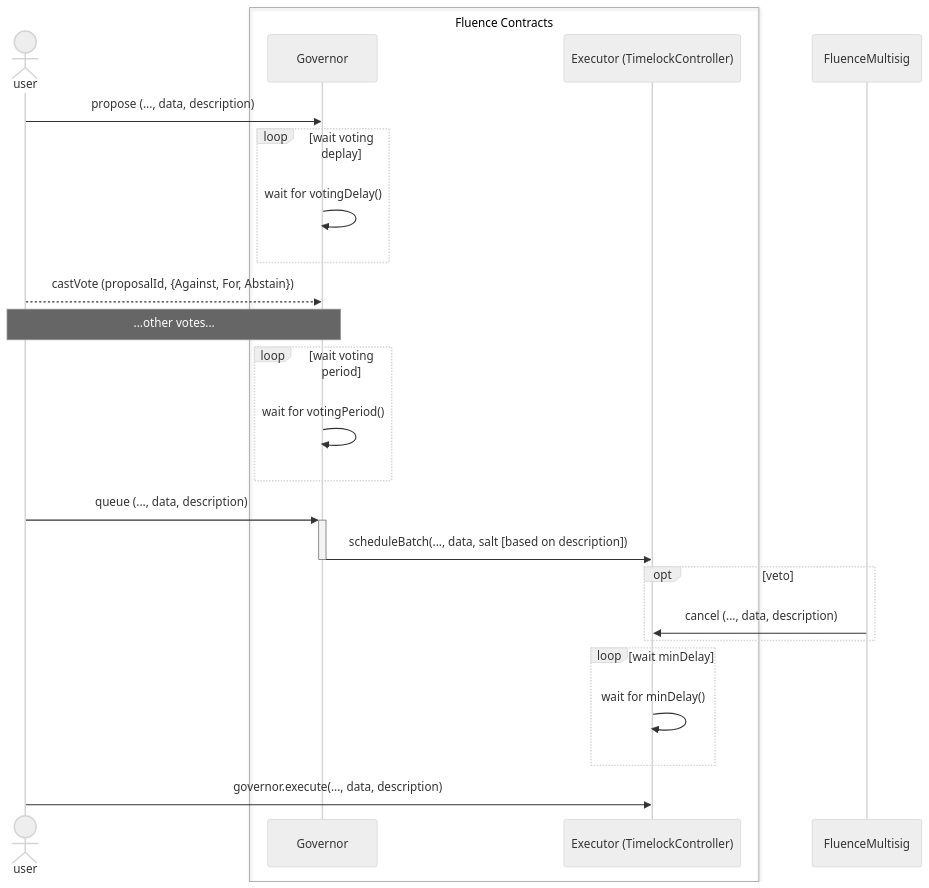
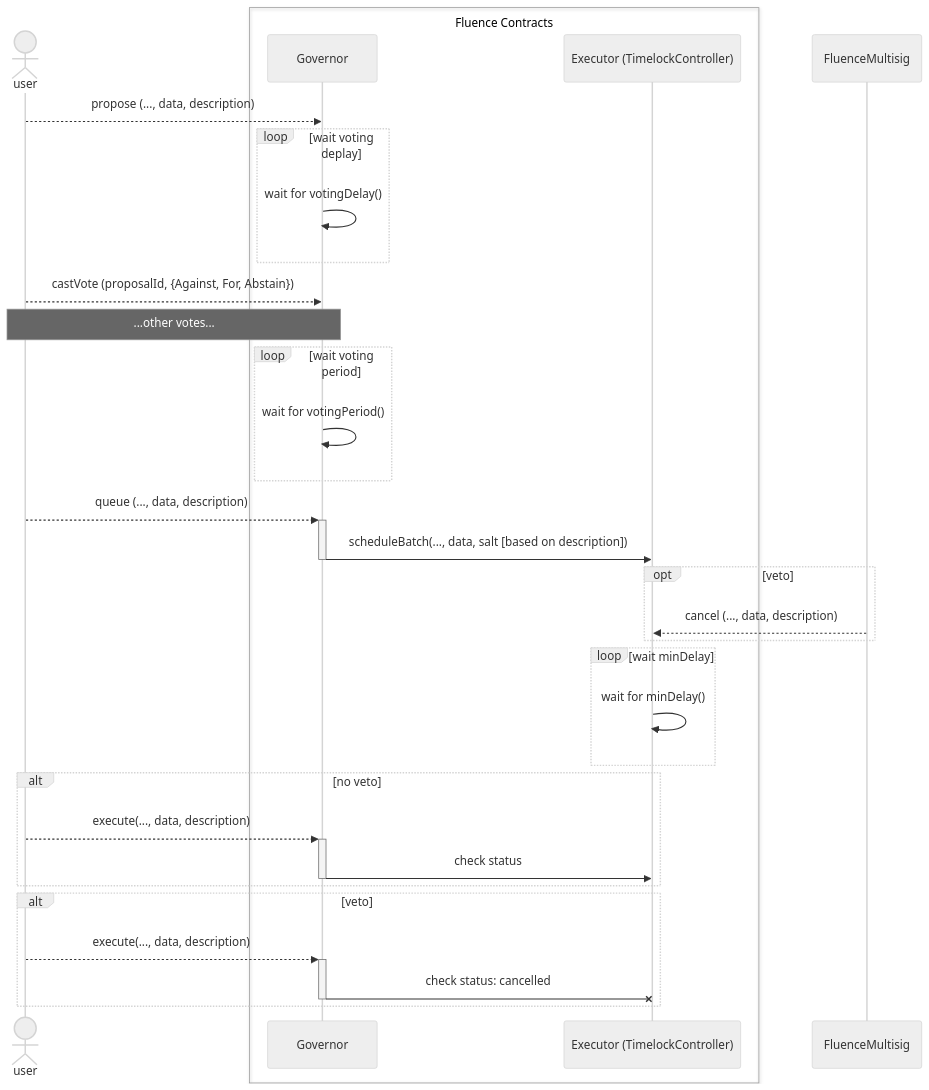
One commit to fluencelabs/dao changed the first of 2 diagrams in contracts/README.md. Above: the diagram before and after it, drawn with Mermaid (neutral theme). The commit also changed 1 other file, not shown here.

Commit message:
add check that veto does not block bump scheme

````diff
--- a/contracts/README.md
+++ b/contracts/README.md
@@ -17,36 +17,44 @@
 ```mermaid
 sequenceDiagram
     actor user
     box Fluence Contracts
         participant Governor
         participant Executor as Executor (TimelockController)
     end
     participant FluenceMultisig
     
-    user ->> Governor: propose (..., data, description)
+    user -->> Governor: propose (..., data, description)
     
     loop wait voting deplay
         Governor ->> Governor: wait for votingDelay()
     end
     
     user -->> Governor: castVote (proposalId, {Against, For, Abstain})
     
     Note over user,Governor: ...other votes...
     
     loop wait voting period
         Governor ->> Governor: wait for votingPeriod()
     end
     
-    user ->>+ Governor: queue (..., data, description)
+    user -->>+ Governor: queue (..., data, description)
     Governor ->>- Executor: scheduleBatch(..., data, salt [based on description])
     
     opt veto
-        FluenceMultisig ->> Executor: cancel (..., data, description)
+        FluenceMultisig -->> Executor: cancel (..., data, description)
     end
     
     loop wait minDelay
         Executor ->> Executor: wait for minDelay()
     end
     
-    user ->> Executor: governor.execute(..., data, description)
+    alt no veto
+        user -->>+ Governor: execute(..., data, description)
+        Governor ->>- Executor: check status
+    end
+    
+    alt veto
+        user -->>+ Governor: execute(..., data, description)
+        Governor -x- Executor: check status: cancelled
+    end
 ```
````
